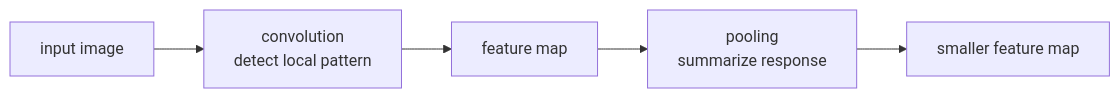
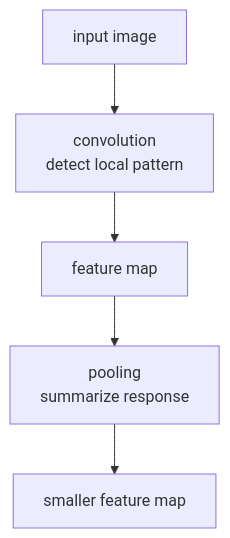
One commit to devchan64/AiBook changed the diagram in docs/parts/part-04/chapter-11/section-02.md. Above: the diagram before and after it, drawn with Mermaid. The commit also changed 35 other files, not shown here.

Commit message:
docs(part-04,part-05): strengthen cases and diagrams

````diff
--- a/docs/parts/part-04/chapter-11/section-02.md
+++ b/docs/parts/part-04/chapter-11/section-02.md
@@ -114,10 +114,13 @@
 ```mermaid
-flowchart LR
+flowchart TD
   A["input image"]
   B["convolution<br/>detect local pattern"]
   C["feature map"]
   D["pooling<br/>summarize response"]
   E["smaller feature map"]
 
-  A --> B --> C --> D --> E
+  A --> B
+  B --> C
+  C --> D
+  D --> E
 ```
````
